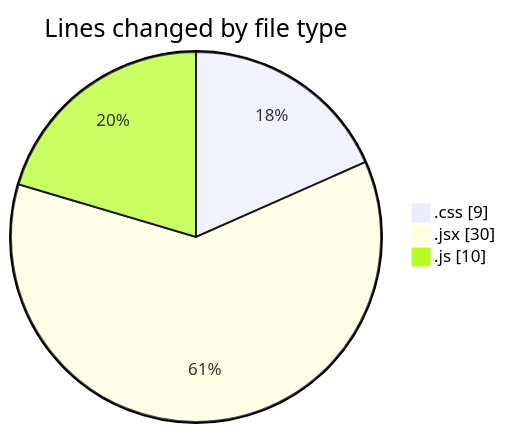
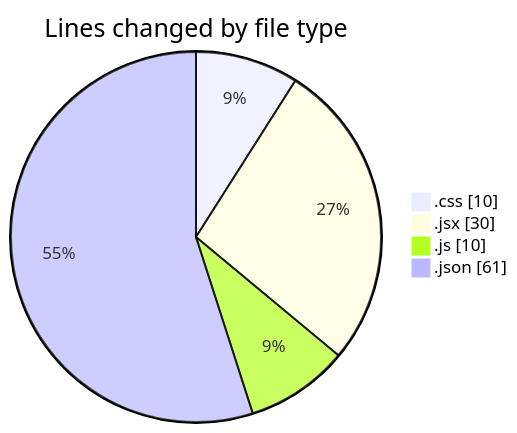
One commit to Elitesun/code-tracking changed the first of 2 diagrams in 2025-02-05/react/README.md. Above: the diagram before and after it, drawn with Mermaid. The commit also changed other lines of this file and 1 other file, not shown here.

````diff
--- a/2025-02-05/react/README.md
+++ b/2025-02-05/react/README.md
@@ -23,7 +24,8 @@
 ```mermaid
 pie showData
 title Lines changed by file type
-".css" : 9
+".css" : 10
 ".jsx" : 30
 ".js" : 10
+".json" : 61
 ```
````
